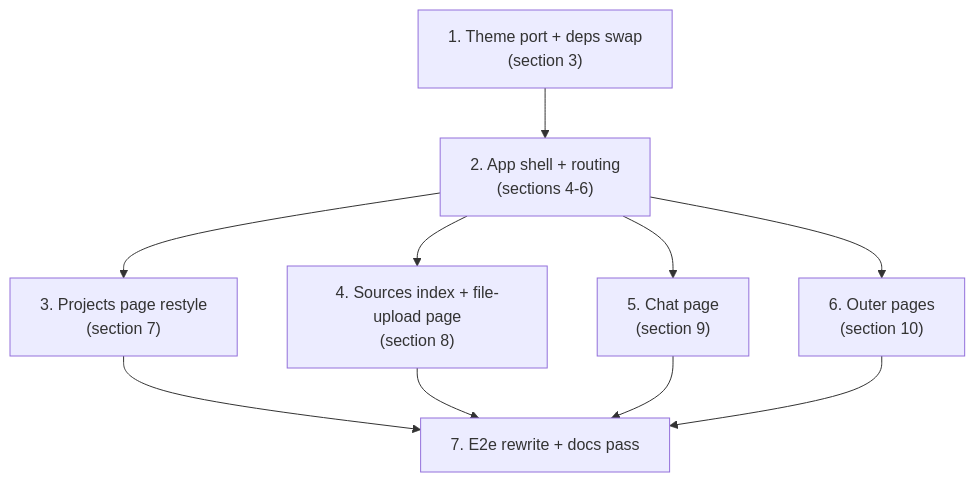
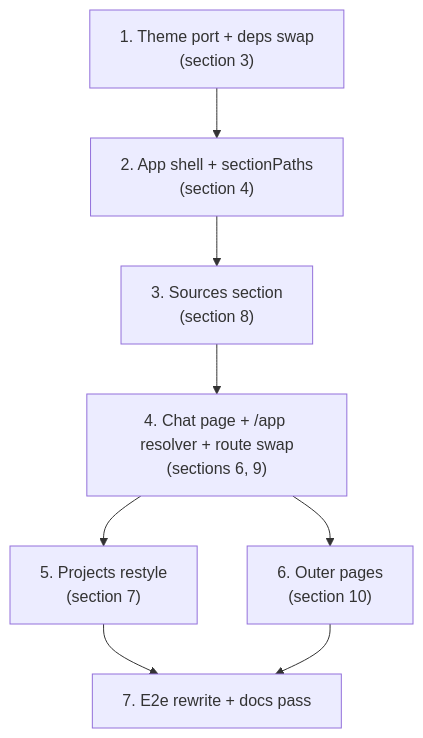
The diagram in docs/superpowers/specs/2026-10-21-ui-mui-templates-design.md (dimyG/Loctapus), drawn with Mermaid before and after one commit. The commit also changed other lines of this file, not shown here.

````diff
--- a/docs/superpowers/specs/2026-10-21-ui-mui-templates-design.md
+++ b/docs/superpowers/specs/2026-10-21-ui-mui-templates-design.md
@@ -266,12 +321,10 @@
 ```mermaid
 flowchart TB
-    theme["1. Theme port + deps swap<br/>(section 3)"] --> shell["2. App shell + routing<br/>(sections 4-6)"]
-    shell --> projects["3. Projects page restyle<br/>(section 7)"]
-    shell --> sources["4. Sources index + file-upload page<br/>(section 8)"]
-    shell --> chat["5. Chat page<br/>(section 9)"]
-    shell --> outer["6. Outer pages<br/>(section 10)"]
+    theme["1. Theme port + deps swap<br/>(section 3)"] --> shell["2. App shell + sectionPaths<br/>(section 4)"]
+    shell --> sources["3. Sources section<br/>(section 8)"]
+    sources --> chat["4. Chat page + /app resolver + route swap<br/>(sections 6, 9)"]
+    chat --> projects["5. Projects restyle<br/>(section 7)"]
+    chat --> outer["6. Outer pages<br/>(section 10)"]
     projects --> e2e["7. E2e rewrite + docs pass"]
-    sources --> e2e
-    chat --> e2e
     outer --> e2e
 ```
````
